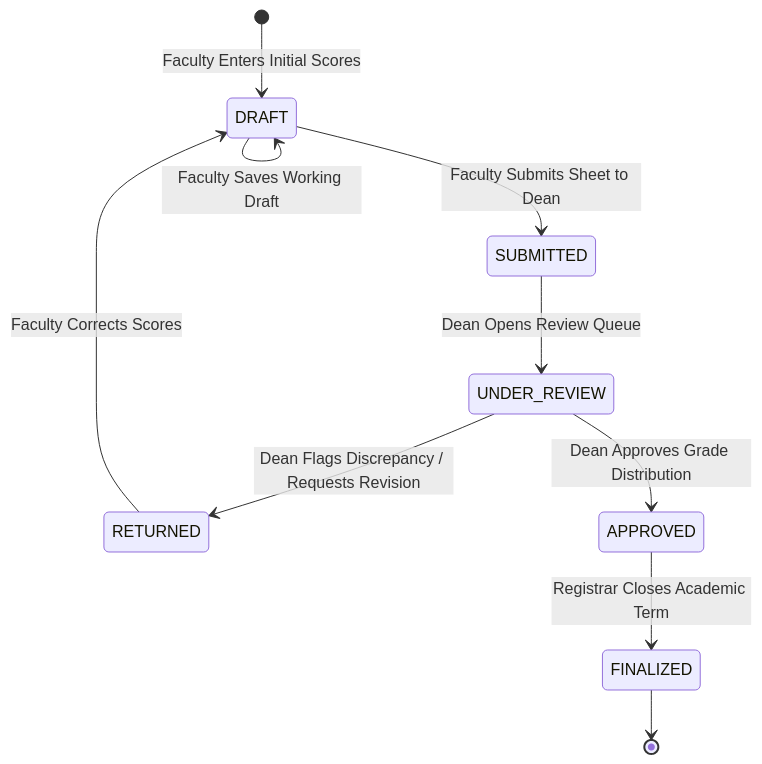
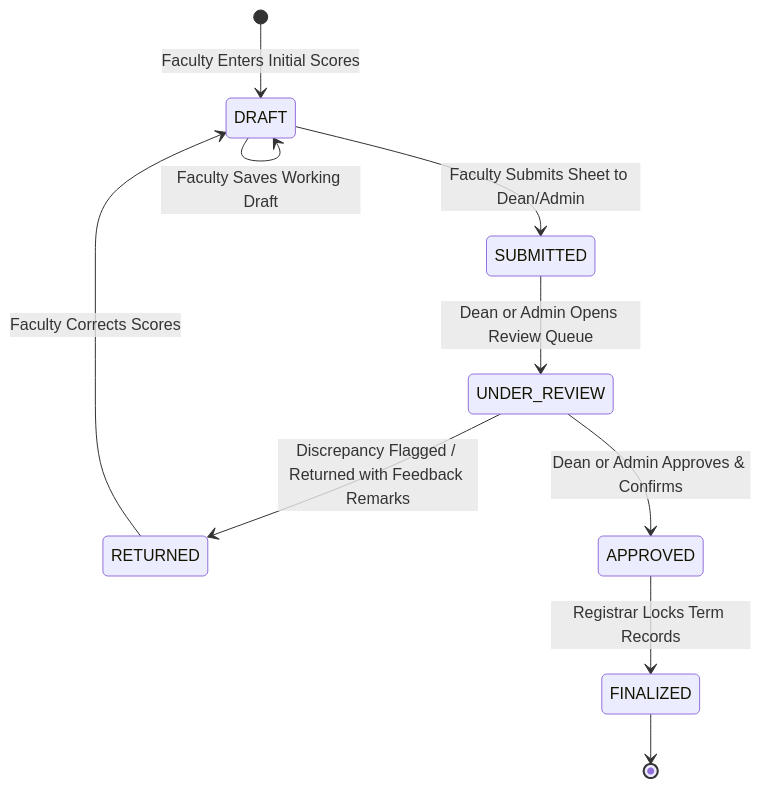
One commit to jomadlcrz/acadtrack changed the first of 2 diagrams in docs/WORKFLOW.md. Above: the diagram before and after it, drawn with Mermaid. The commit also changed other lines of this file and 3 other files, not shown here.

````diff
--- a/docs/WORKFLOW.md
+++ b/docs/WORKFLOW.md
@@ -44,12 +47,12 @@
 ```mermaid
 stateDiagram-v2
     [*] --> DRAFT : Faculty Enters Initial Scores
     DRAFT --> DRAFT : Faculty Saves Working Draft
-    DRAFT --> SUBMITTED : Faculty Submits Sheet to Dean
-    SUBMITTED --> UNDER_REVIEW : Dean Opens Review Queue
-    UNDER_REVIEW --> RETURNED : Dean Flags Discrepancy / Requests Revision
+    DRAFT --> SUBMITTED : Faculty Submits Sheet to Dean/Admin
+    SUBMITTED --> UNDER_REVIEW : Dean or Admin Opens Review Queue
+    UNDER_REVIEW --> RETURNED : Discrepancy Flagged / Returned with Feedback Remarks
     RETURNED --> DRAFT : Faculty Corrects Scores
-    UNDER_REVIEW --> APPROVED : Dean Approves Grade Distribution
-    APPROVED --> FINALIZED : Registrar Closes Academic Term
+    UNDER_REVIEW --> APPROVED : Dean or Admin Approves & Confirms
+    APPROVED --> FINALIZED : Registrar Locks Term Records
     FINALIZED --> [*]
 ```
````
